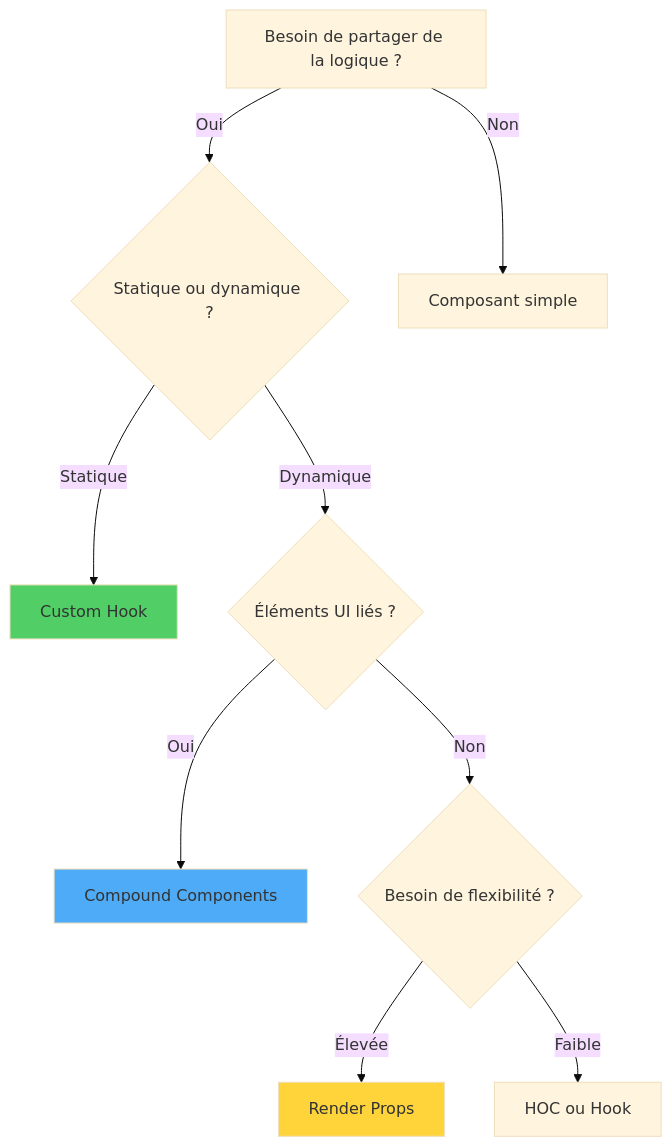
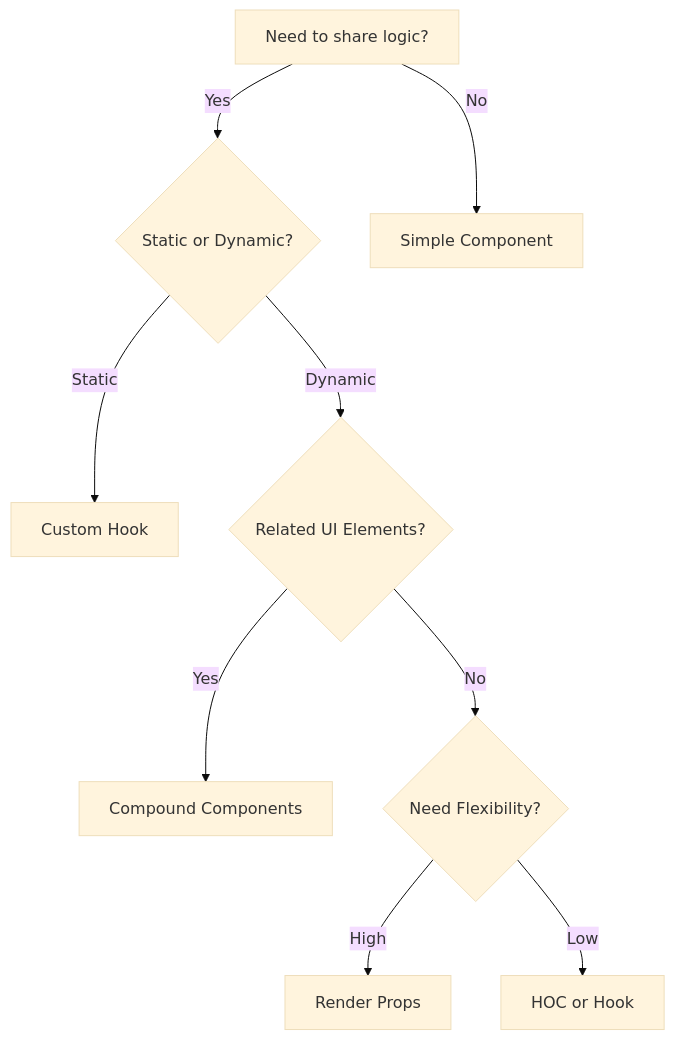
One commit to BabaScience/react-guides changed diagram 11 of 12 in arguments/chapters/fr/03-component-patterns-best-practices.md. Above: the diagram before and after it, drawn with Mermaid (base theme). The commit also changed other lines of this file and 29 other files, not shown here.

First line of the commit message:
Bring React FR/IT translations to full English parity + theme-safe diagrams

````diff
--- a/arguments/chapters/fr/03-component-patterns-best-practices.md
+++ b/arguments/chapters/fr/03-component-patterns-best-practices.md
@@ -437,18 +2531,15 @@
 ```mermaid
 graph TD
-    A[Besoin de partager de la logique ?] -->|Oui| B{Statique ou dynamique ?}
-    A -->|Non| C[Composant simple]
+    A[Need to share logic?] -->|Yes| B{Static or Dynamic?}
+    A -->|No| C[Simple Component]
     
-    B -->|Statique| D[Custom Hook]
-    B -->|Dynamique| E{Éléments UI liés ?}
+    B -->|Static| D[Custom Hook]
+    B -->|Dynamic| E{Related UI Elements?}
     
-    E -->|Oui| F[Compound Components]
-    E -->|Non| G{Besoin de flexibilité ?}
+    E -->|Yes| F[Compound Components]
+    E -->|No| G{Need Flexibility?}
     
-    G -->|Élevée| H[Render Props]
-    G -->|Faible| I[HOC ou Hook]
+    G -->|High| H[Render Props]
+    G -->|Low| I[HOC or Hook]
     
-    style D fill:#51cf66
-    style F fill:#4dabf7
-    style H fill:#ffd43b
 ```
````
